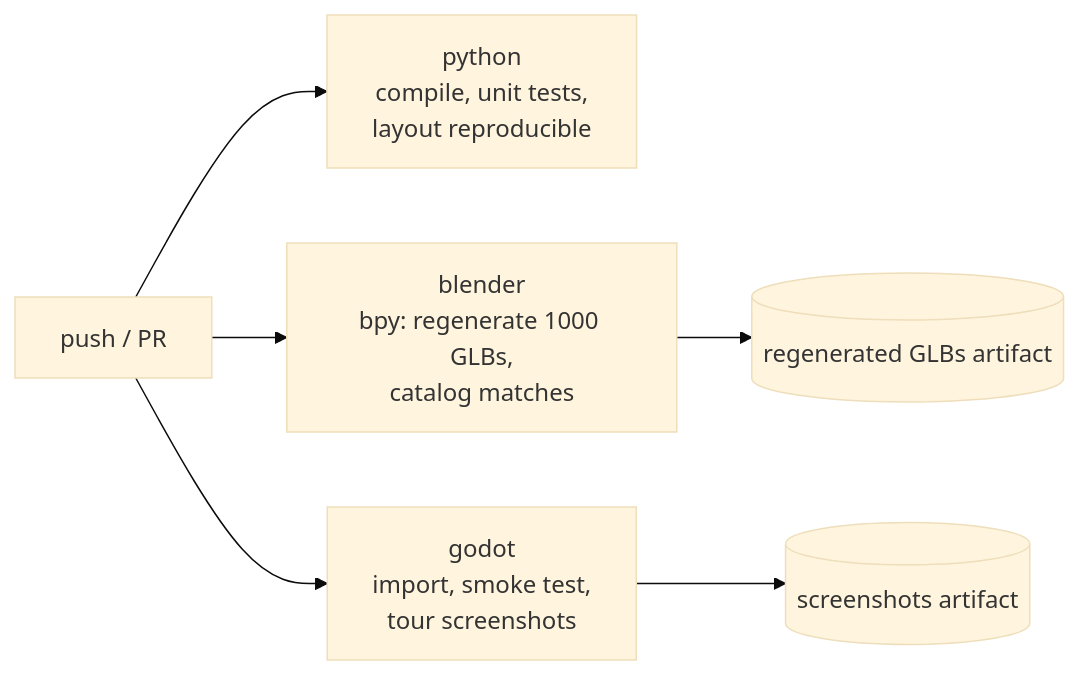
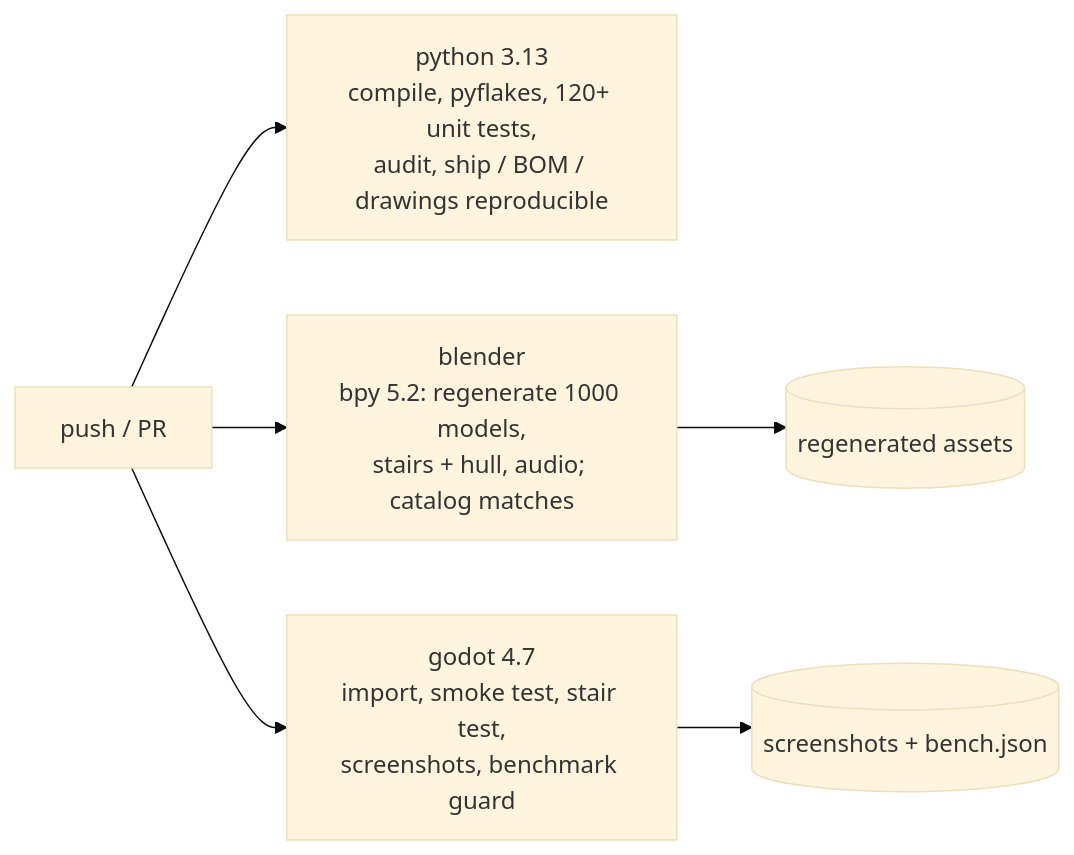
One commit to jgyy/starshipgo changed the third of 3 diagrams in README.md. Above: the diagram before and after it, drawn with Mermaid (base theme). The commit also changed other lines of this file and 347 other files, not shown here.

First line of the commit message:
Tapered hull, stairs instead of lifts, BOM-driven layout, 112 bug fixes, ~50x fewer draw calls (#2)

````diff
--- a/README.md
+++ b/README.md
@@ -157,8 +179,8 @@
 ```mermaid
 flowchart LR
-    PR[push / PR] --> P[python<br/>compile, unit tests,<br/>layout reproducible]
-    PR --> BL[blender<br/>bpy: regenerate 1000 GLBs,<br/>catalog matches]
-    PR --> GD[godot<br/>import, smoke test,<br/>tour screenshots]
-    GD --> A[(screenshots artifact)]
-    BL --> A2[(regenerated GLBs artifact)]
+    PR[push / PR] --> PY[python 3.13<br/>compile, pyflakes, 120+ unit tests,<br/>audit, ship / BOM / drawings reproducible]
+    PR --> BL[blender<br/>bpy 5.2: regenerate 1000 models,<br/>stairs + hull, audio; catalog matches]
+    PR --> GD[godot 4.7<br/>import, smoke test, stair test,<br/>screenshots, benchmark guard]
+    GD --> A[(screenshots + bench.json)]
+    BL --> A2[(regenerated assets)]
 ```
````
